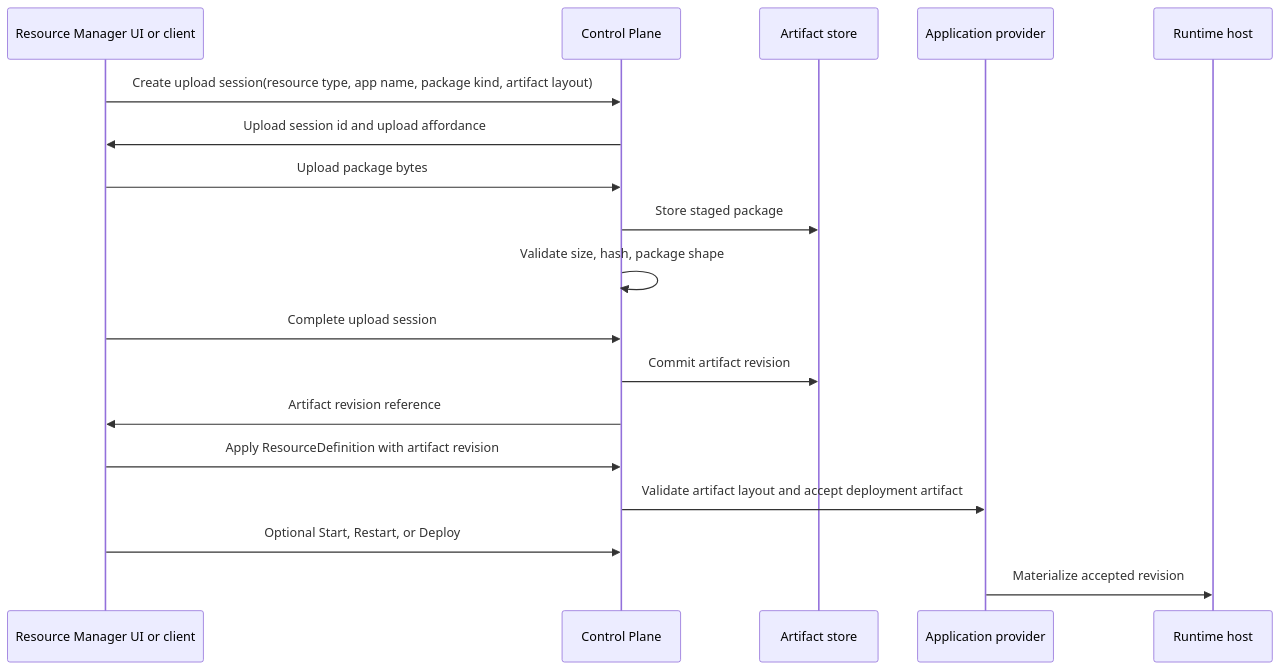
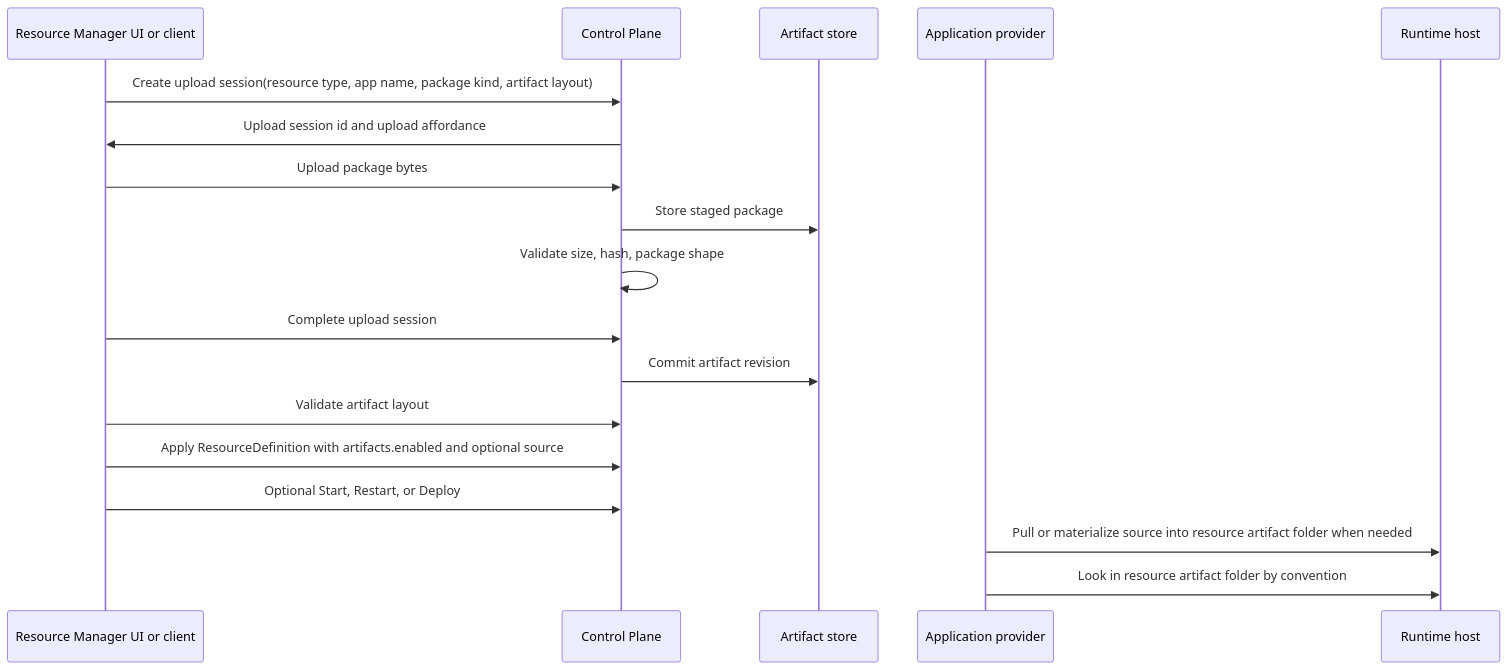
Before and after one commit to marinasundstrom/CloudShell: the diagram in docs/proposals/core/deployment-artifacts.md, drawn with Mermaid. The commit also changed other lines of this file and 14 other files, not shown here.

````diff
--- a/docs/proposals/core/deployment-artifacts.md
+++ b/docs/proposals/core/deployment-artifacts.md
@@ -365,21 +367,21 @@
 ```mermaid
 sequenceDiagram
     participant UI as Resource Manager UI or client
     participant CP as Control Plane
     participant Store as Artifact store
     participant Provider as Application provider
     participant Runtime as Runtime host
 
     UI->>CP: Create upload session(resource type, app name, package kind, artifact layout)
     CP->>UI: Upload session id and upload affordance
     UI->>CP: Upload package bytes
     CP->>Store: Store staged package
     CP->>CP: Validate size, hash, package shape
     UI->>CP: Complete upload session
     CP->>Store: Commit artifact revision
-    CP->>UI: Artifact revision reference
-    UI->>CP: Apply ResourceDefinition with artifact revision
-    CP->>Provider: Validate artifact layout and accept deployment artifact
+    UI->>CP: Validate artifact layout
+    UI->>CP: Apply ResourceDefinition with artifacts.enabled and optional source
     UI->>CP: Optional Start, Restart, or Deploy
-    Provider->>Runtime: Materialize accepted revision
+    Provider->>Runtime: Pull or materialize source into resource artifact folder when needed
+    Provider->>Runtime: Look in resource artifact folder by convention
 ```
````
